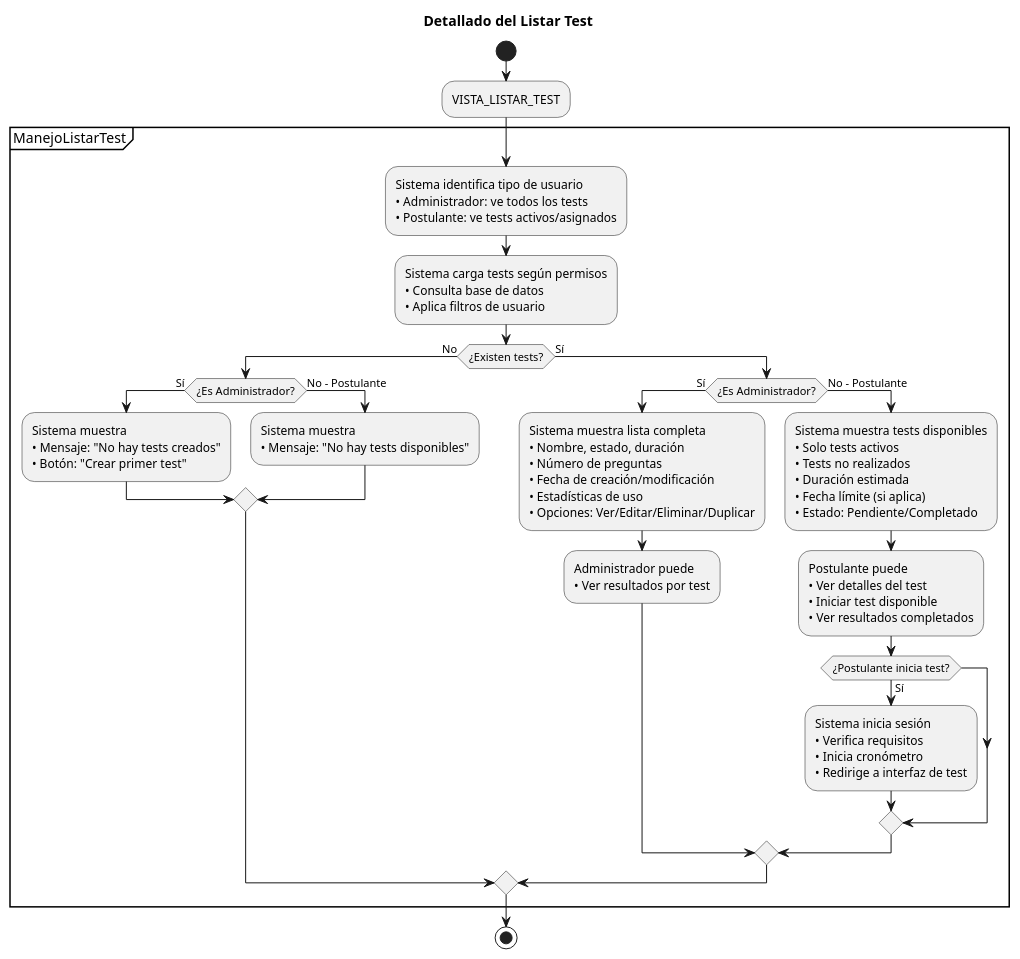
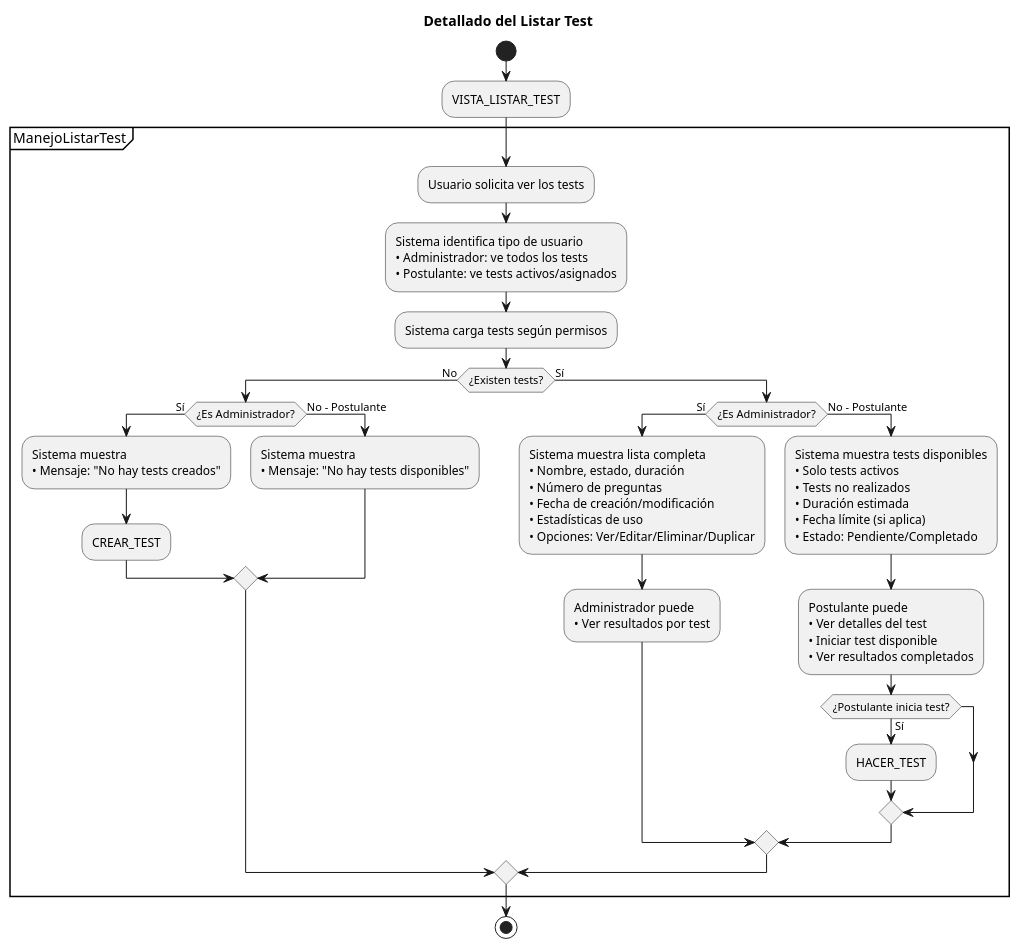
The diagram in casos_de_uso/diagramas_casos_de_uso_detallados/listar_test.puml (Dievex/24-25-IdSw1-SDR), drawn with PlantUML before and after one commit.

Commit message:
refactor(diagram): simplify listar_test.puml by extracting common actions

```diff
--- a/casos_de_uso/diagramas_casos_de_uso_detallados/listar_test.puml
+++ b/casos_de_uso/diagramas_casos_de_uso_detallados/listar_test.puml
@@ -1,74 +1,72 @@
 @startuml
 title Detallado del Listar Test
 
 start
 
 :VISTA_LISTAR_TEST;
 
 partition ManejoListarTest {
+
+  :Usuario solicita ver los tests;
   
   :Sistema identifica tipo de usuario
   • Administrador: ve todos los tests
   • Postulante: ve tests activos/asignados;
   
-  :Sistema carga tests según permisos
-  • Consulta base de datos
-  • Aplica filtros de usuario;
+  :Sistema carga tests según permisos;
   
   
   if (¿Existen tests?) then (No)
     if (¿Es Administrador?) then (Sí)
       :Sistema muestra
-      • Mensaje: "No hay tests creados"
-      • Botón: "Crear primer test";
+      • Mensaje: "No hay tests creados";
+
+      :CREAR_TEST;
      
       
     else (No - Postulante)
       :Sistema muestra
       • Mensaje: "No hay tests disponibles";
     
       
     endif
     
   else (Sí)
     if (¿Es Administrador?) then (Sí)
       :Sistema muestra lista completa
       • Nombre, estado, duración
       • Número de preguntas
       • Fecha de creación/modificación
       • Estadísticas de uso
       • Opciones: Ver/Editar/Eliminar/Duplicar;
       
       :Administrador puede
       • Ver resultados por test;
       
     else (No - Postulante)
       :Sistema muestra tests disponibles
       • Solo tests activos
       • Tests no realizados
       • Duración estimada
       • Fecha límite (si aplica)
       • Estado: Pendiente/Completado;
       
       :Postulante puede
       • Ver detalles del test
       • Iniciar test disponible
       • Ver resultados completados;
       
       
       if (¿Postulante inicia test?) then (Sí)
-        :Sistema inicia sesión
-        • Verifica requisitos
-        • Inicia cronómetro
-        • Redirige a interfaz de test;
+        :HACER_TEST;
         
       endif
       
     endif
     
   endif
   
 }
 
 stop
 @enduml
```
